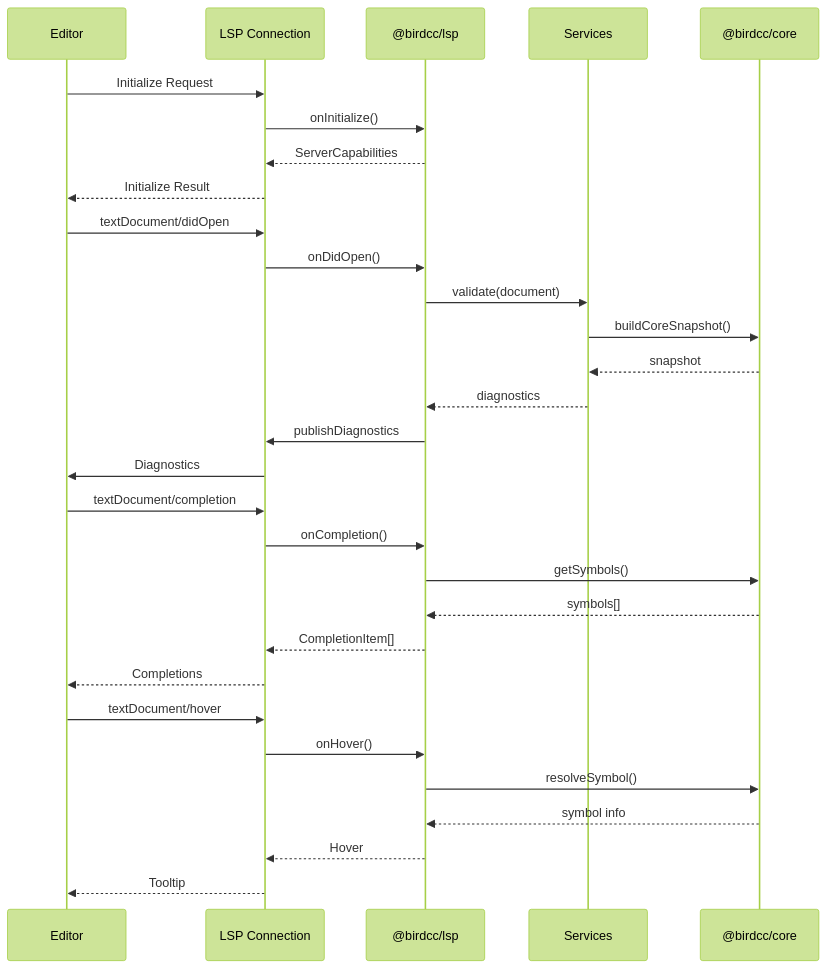
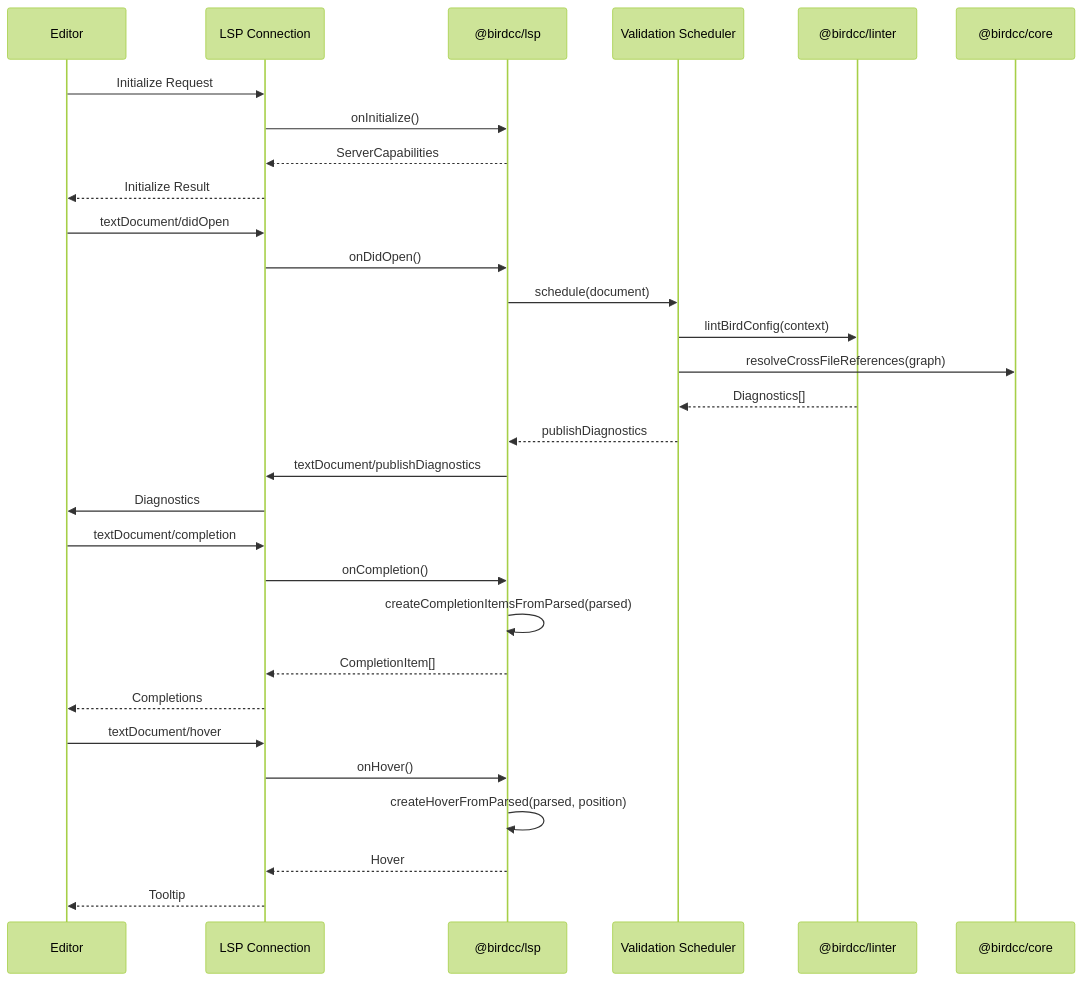
Before and after one commit to bird-chinese-community/BIRD-LSP: the third of 4 diagrams in packages/@birdcc/lsp/README.md, drawn with Mermaid (forest theme). The commit also changed other lines of this file and 5 other files, not shown here.

Commit message:
docs(mermaid): Unify diagram palette and split by layer

````diff
--- a/packages/@birdcc/lsp/README.md
+++ b/packages/@birdcc/lsp/README.md
@@ -227,36 +268,36 @@
 ```mermaid
 sequenceDiagram
     participant Editor as Editor
     participant LSP as LSP Connection
     participant Server as @birdcc/lsp
-    participant Services as Services
+    participant Scheduler as Validation Scheduler
+    participant Linter as @birdcc/linter
     participant Core as @birdcc/core
 
     Editor->>LSP: Initialize Request
     LSP->>Server: onInitialize()
     Server-->>LSP: ServerCapabilities
     LSP-->>Editor: Initialize Result
 
     Editor->>LSP: textDocument/didOpen
     LSP->>Server: onDidOpen()
-    Server->>Services: validate(document)
-    Services->>Core: buildCoreSnapshot()
-    Core-->>Services: snapshot
-    Services-->>Server: diagnostics
-    Server->>LSP: publishDiagnostics
+    Server->>Scheduler: schedule(document)
+    Scheduler->>Linter: lintBirdConfig(context)
+    Scheduler->>Core: resolveCrossFileReferences(graph)
+    Linter-->>Scheduler: Diagnostics[]
+    Scheduler-->>Server: publishDiagnostics
+    Server->>LSP: textDocument/publishDiagnostics
     LSP->>Editor: Diagnostics
 
     Editor->>LSP: textDocument/completion
     LSP->>Server: onCompletion()
-    Server->>Core: getSymbols()
-    Core-->>Server: symbols[]
+    Server->>Server: createCompletionItemsFromParsed(parsed)
     Server-->>LSP: CompletionItem[]
     LSP-->>Editor: Completions
 
     Editor->>LSP: textDocument/hover
     LSP->>Server: onHover()
-    Server->>Core: resolveSymbol()
-    Core-->>Server: symbol info
+    Server->>Server: createHoverFromParsed(parsed, position)
     Server-->>LSP: Hover
     LSP-->>Editor: Tooltip
 ```
````
